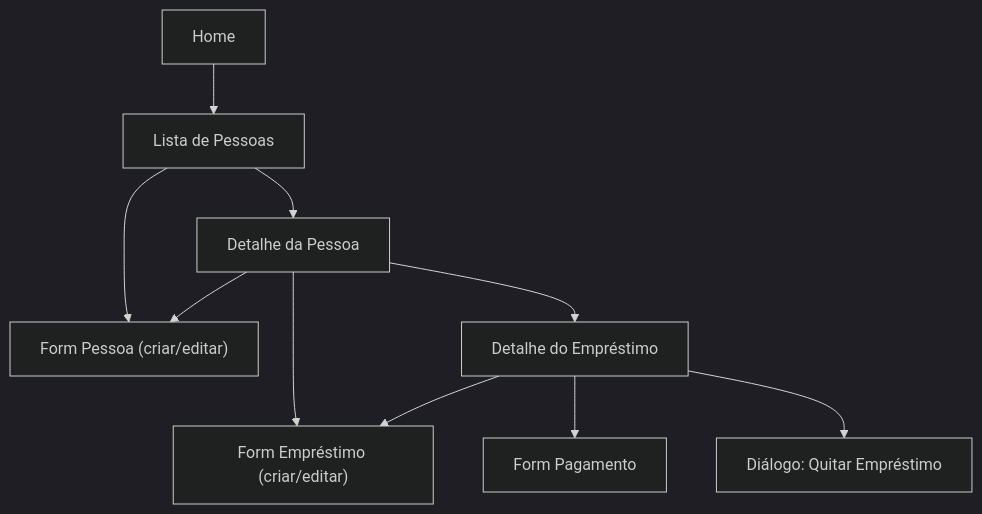
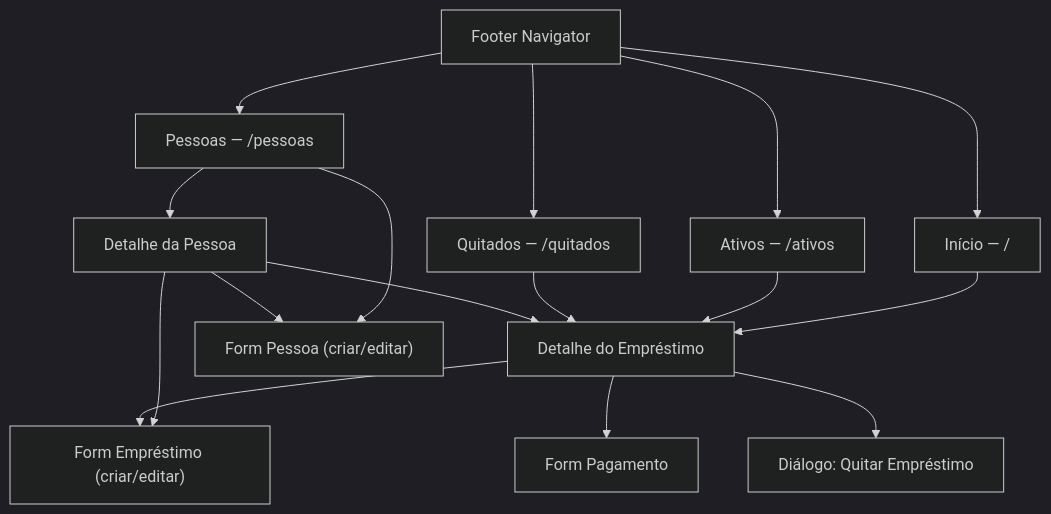
The diagram in docs/08-wireframes.md (1nogueirae/Nexum), drawn with Mermaid (dark theme) before and after one commit. The commit also changed other lines of this file and 1 other file, not shown here.

Commit message:
Update architecture and wireframes documentation to include footer navigation and route structure

````diff
--- a/docs/08-wireframes.md
+++ b/docs/08-wireframes.md
@@ -9,12 +9,19 @@
 ```mermaid
 flowchart TD
-    Home["Home"] --> ListaPessoas["Lista de Pessoas"]
+    Footer["Footer Navigator"] --> Home["Início — /"]
+    Footer --> ListaPessoas["Pessoas — /pessoas"]
+    Footer --> Ativos["Ativos — /ativos"]
+    Footer --> Quitados["Quitados — /quitados"]
+
+    Home --> DetalheEmprestimo["Detalhe do Empréstimo"]
     ListaPessoas --> FormPessoa["Form Pessoa (criar/editar)"]
     ListaPessoas --> DetalhePessoa["Detalhe da Pessoa"]
+    Ativos --> DetalheEmprestimo
+    Quitados --> DetalheEmprestimo
     DetalhePessoa --> FormPessoa
     DetalhePessoa --> FormEmprestimo["Form Empréstimo (criar/editar)"]
-    DetalhePessoa --> DetalheEmprestimo["Detalhe do Empréstimo"]
+    DetalhePessoa --> DetalheEmprestimo
     DetalheEmprestimo --> FormEmprestimo
     DetalheEmprestimo --> FormPagamento["Form Pagamento"]
     DetalheEmprestimo --> DialogoQuitar["Diálogo: Quitar Empréstimo"]
 ```
````
